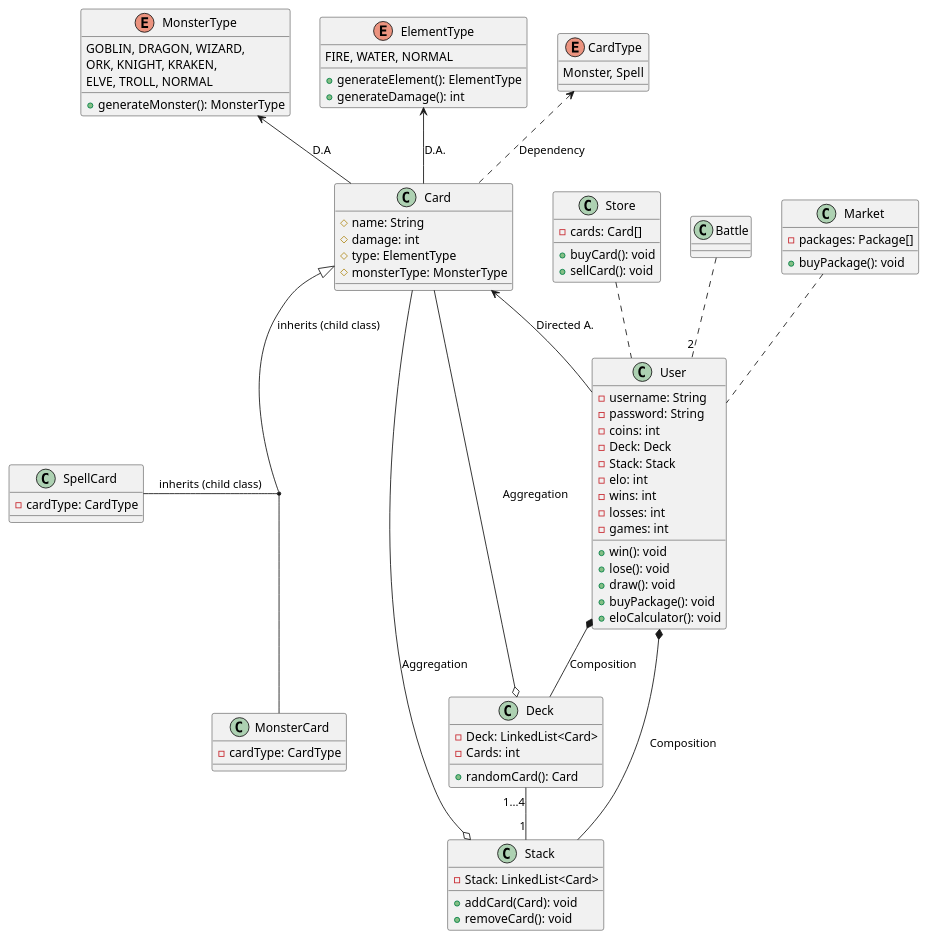
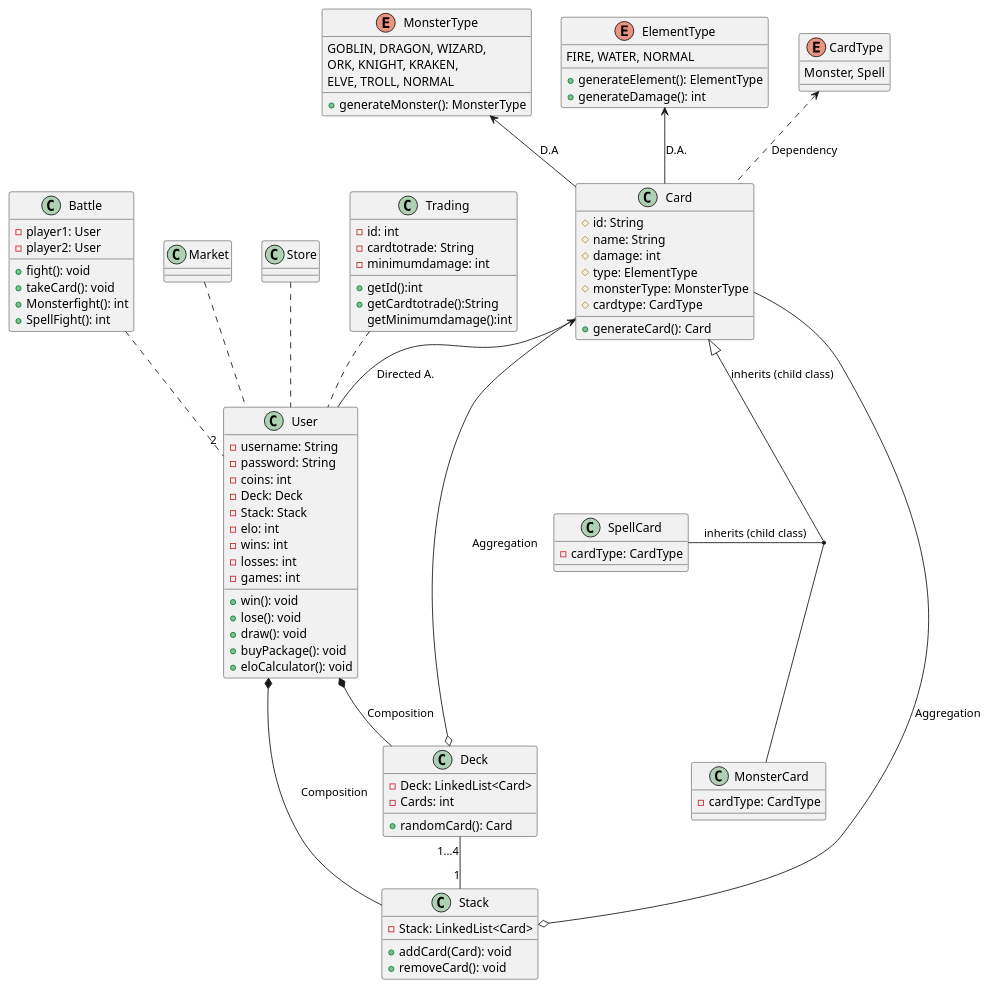
Before and after one commit to Bombardofficial/MTCG: the diagram in src/main/java/com/example/mtcg/MTCG.puml, drawn with PlantUML. The commit also changed 13 other files, not shown here.

```diff
--- a/src/main/java/com/example/mtcg/MTCG.puml
+++ b/src/main/java/com/example/mtcg/MTCG.puml
@@ -1,113 +1,121 @@
 @startuml
 'https://plantuml.com/class-diagram
 MonsterType <-- Card: D.A
 ElementType <-- Card: D.A.
 User *-- Deck: Composition
 Card <-- User: Directed A.
 User *-- Stack: Composition
 Stack o-- Card: Aggregation
 CardType <.. Card: Dependency
 Card <|-- MonsterCard: inherits (child class)
 SpellCard -- (Card,MonsterCard): inherits (child class)
 Deck o-- Card: Aggregation
 Deck "1...4"-- "1" Stack
 Market .. User
 Store .. User
+Trading .. User
 Battle .. "2" User
 
 
 class User {
 
     -username: String
     -password: String
     -coins: int
     -Deck: Deck
     -Stack: Stack
     -elo: int
     -wins: int
     -losses: int
     -games: int
     +win(): void
     +lose(): void
     +draw(): void
     +buyPackage(): void
     +eloCalculator(): void
 
 }
 
 class Market {
 
-    -packages: Package[]
-
-    +buyPackage(): void
-
-
 }
 class Store {
-    -cards: Card[]
 
-    +buyCard(): void
-    +sellCard(): void
 }
 class Deck {
 
     -Deck: LinkedList<Card>
     -Cards: int
     +randomCard(): Card
 
 
 }
 class Card {
-
+    #id: String
     #name: String
     #damage: int
     #type: ElementType
     #monsterType: MonsterType
+    #cardtype: CardType
+    +generateCard(): Card
 
 }
 class MonsterCard {
     -cardType: CardType
 }
 
 class SpellCard {
     -cardType: CardType
 }
 enum CardType {
 
     Monster, Spell
 
 }
  class Stack {
 
     -Stack: LinkedList<Card>
     +addCard(Card): void
     +removeCard(): void
 
 
 }
 
 enum ElementType {
 
     FIRE, WATER, NORMAL
     +generateElement(): ElementType
     +generateDamage(): int
 
 }
 
 enum MonsterType {
 
     GOBLIN, DRAGON, WIZARD,
     ORK, KNIGHT, KRAKEN,
     ELVE, TROLL, NORMAL
 
     +generateMonster(): MonsterType
 
 
 }
 
 class Battle{
+ -player1: User
+ -player2: User
+ +fight(): void
+ +takeCard(): void
+ +Monsterfight(): int
+ +SpellFight(): int
 
-
+}
+class Trading{
+    -id: int
+    -cardtotrade: String
+    -minimumdamage: int
+    +getId():int
+    +getCardtotrade():String
+    getMinimumdamage():int
 }
 
 @enduml
```
